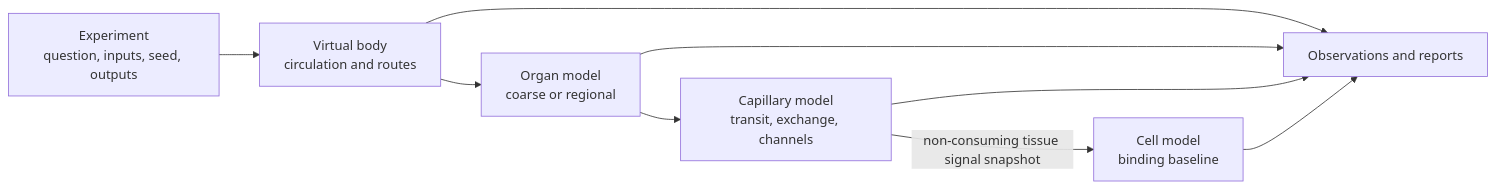
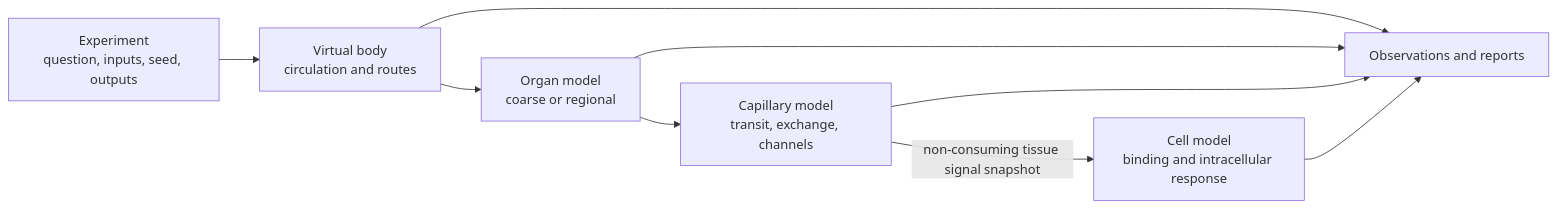
One commit to RegineWendt/MEHLISSA changed the diagram in docs/USER_GUIDE.md. Above: the diagram before and after it, drawn with Mermaid. The commit also changed other lines of this file and 18 other files, not shown here.

````diff
--- a/docs/USER_GUIDE.md
+++ b/docs/USER_GUIDE.md
@@ -97,11 +97,11 @@
 ```mermaid
 flowchart LR
     E[Experiment<br/>question, inputs, seed, outputs] --> B[Virtual body<br/>circulation and routes]
     B --> O[Organ model<br/>coarse or regional]
     O --> C[Capillary model<br/>transit, exchange, channels]
-    C -->|non-consuming tissue signal snapshot| L[Cell model<br/>binding baseline]
+    C -->|non-consuming tissue signal snapshot| L[Cell model<br/>binding and intracellular response]
     B --> R[Observations and reports]
     O --> R
     C --> R
     L --> R
 ```
````
